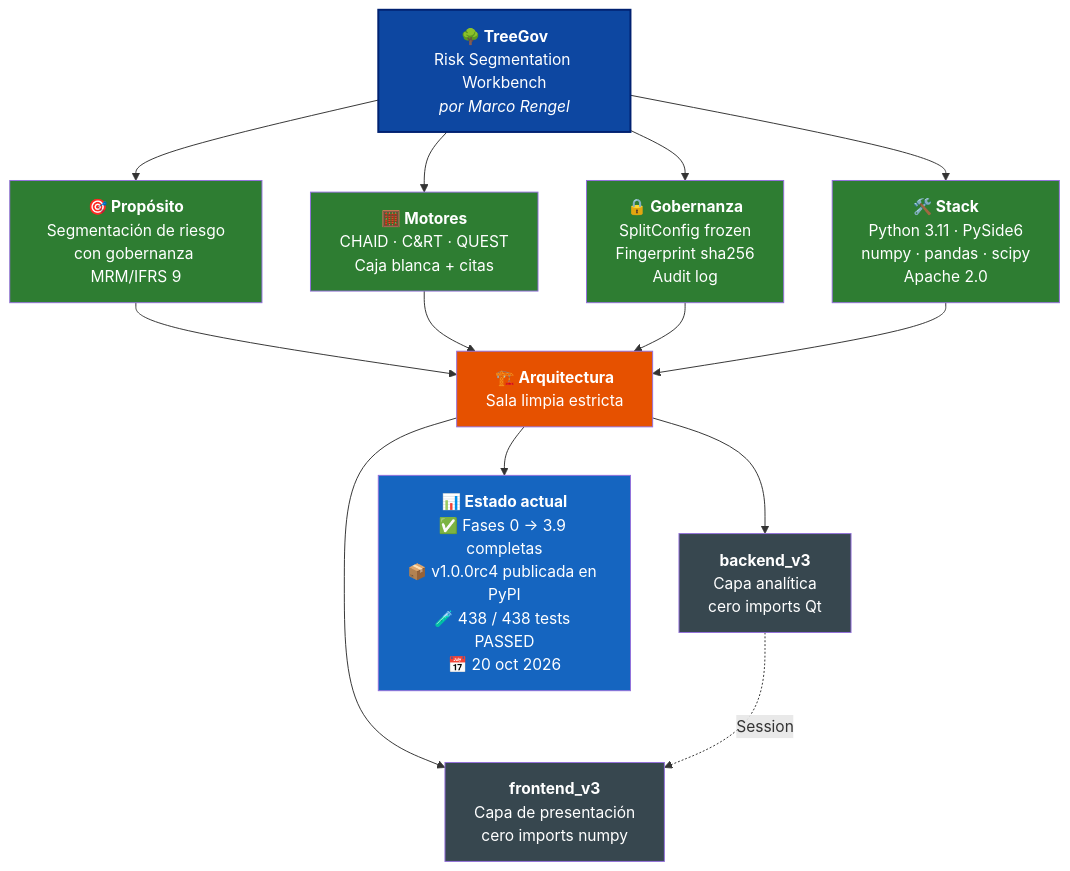
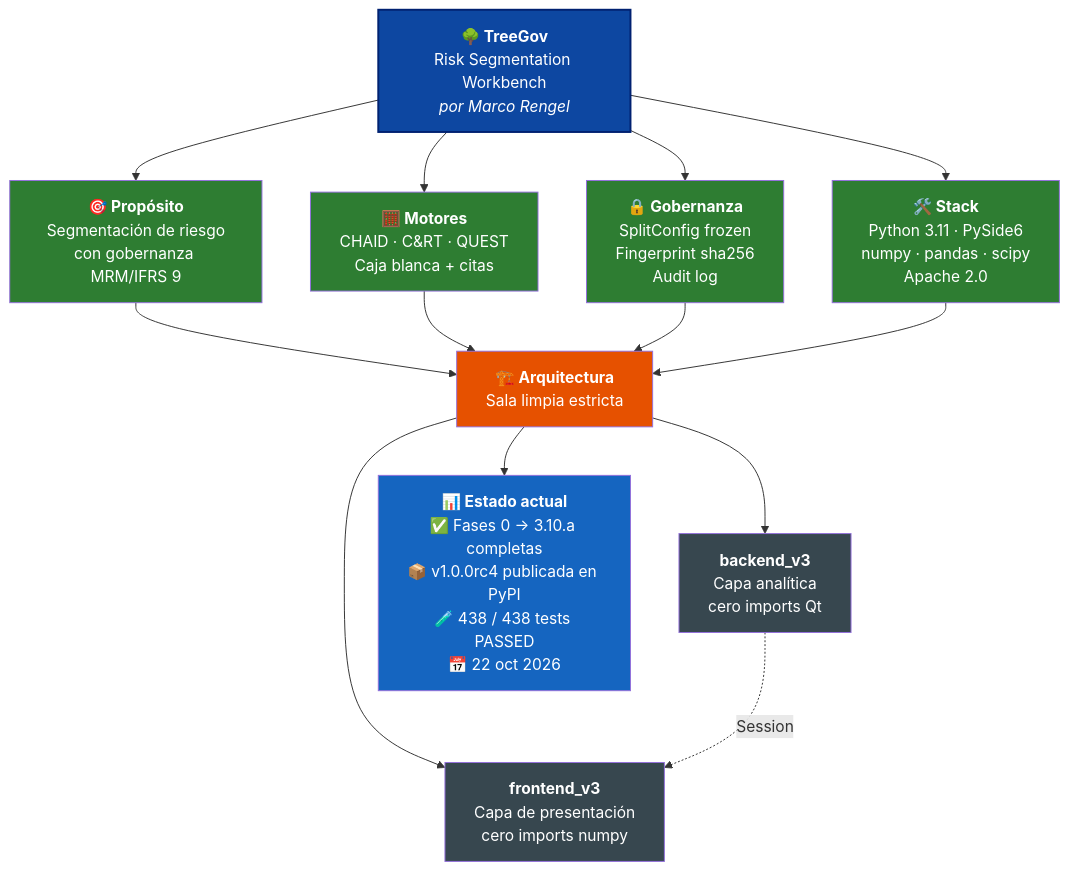
Before and after one commit to Marco-Rengel/treegov: the diagram in README.es.md, drawn with Mermaid. The commit also changed other lines of this file and 6 other files, not shown here.

````diff
--- a/README.es.md
+++ b/README.es.md
@@ -36,31 +36,31 @@
 ```mermaid
 flowchart TB
     TG["<b>🌳 TreeGov</b><br/>Risk Segmentation Workbench<br/><i>por Marco Rengel</i>"]
 
     TG --> P["<b>🎯 Propósito</b><br/>Segmentación de riesgo<br/>con gobernanza MRM/IFRS 9"]
     TG --> M["<b>🧮 Motores</b><br/>CHAID · C&RT · QUEST<br/>Caja blanca + citas"]
     TG --> G["<b>🔒 Gobernanza</b><br/>SplitConfig frozen<br/>Fingerprint sha256<br/>Audit log"]
     TG --> S["<b>🛠️ Stack</b><br/>Python 3.11 · PySide6<br/>numpy · pandas · scipy<br/>Apache 2.0"]
 
     P --> ARQ["<b>🏗️ Arquitectura</b><br/>Sala limpia estricta"]
     M --> ARQ
     G --> ARQ
     S --> ARQ
 
     ARQ --> BE["<b>backend_v3</b><br/>Capa analítica<br/>cero imports Qt"]
     ARQ --> FE["<b>frontend_v3</b><br/>Capa de presentación<br/>cero imports numpy"]
 
     BE -.->|Session| FE
 
-    ARQ --> ST["<b>📊 Estado actual</b><br/>✅ Fases 0 → 3.9 completas<br/>📦 v1.0.0rc4 publicada en PyPI<br/>🧪 438 / 438 tests PASSED<br/>📅 20 oct 2026"]
+    ARQ --> ST["<b>📊 Estado actual</b><br/>✅ Fases 0 → 3.10.a completas<br/>📦 v1.0.0rc4 publicada en PyPI<br/>🧪 438 / 438 tests PASSED<br/>📅 22 oct 2026"]
 
     style TG fill:#0D47A1,color:#fff,stroke:#002171,stroke-width:2px
     style P fill:#2E7D32,color:#fff
     style M fill:#2E7D32,color:#fff
     style G fill:#2E7D32,color:#fff
     style S fill:#2E7D32,color:#fff
     style ARQ fill:#E65100,color:#fff
     style BE fill:#37474F,color:#fff
     style FE fill:#37474F,color:#fff
     style ST fill:#1565C0,color:#fff
 ```
````
